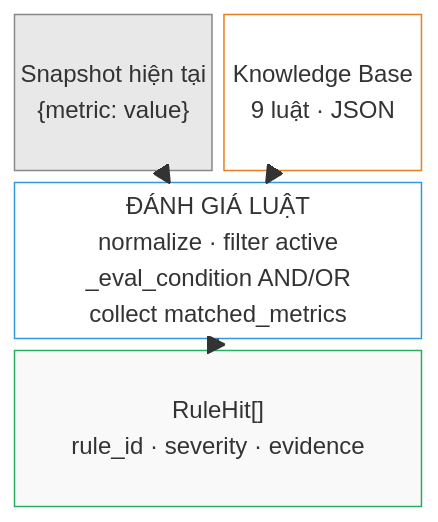
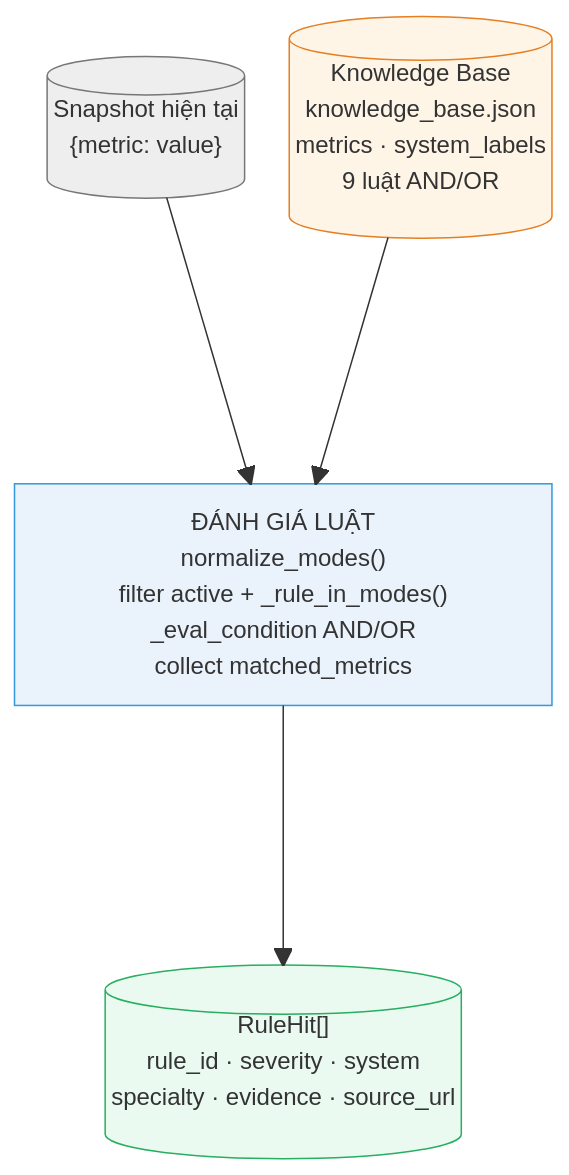
One commit to dotlinux26/health-risk-early-warning changed the diagram in docs/figures/fig9_tier2_rules.mmd. Above: the diagram before and after it, drawn with Mermaid. The commit also changed 8 other files, not shown here.

```diff
--- a/docs/figures/fig9_tier2_rules.mmd
+++ b/docs/figures/fig9_tier2_rules.mmd
@@ -1,13 +1,15 @@
 block-beta
   columns 2
-  SNAP["Snapshot hiện tại\n{metric: value}"]:1
-  KB["Knowledge Base\n9 luật · JSON"]:1
-  EVAL["ĐÁNH GIÁ LUẬT\nnormalize · filter active\n_eval_condition AND/OR\ncollect matched_metrics"]:2
-  OUT["RuleHit[]\nrule_id · severity · evidence"]:2
+  SNAP[("Snapshot hiện tại\n{metric: value}")]:1
+  KB[("Knowledge Base\nknowledge_base.json\nmetrics · system_labels\n9 luật AND/OR")]:1
+  space:2
+  EVAL["ĐÁNH GIÁ LUẬT\nnormalize_modes()\nfilter active + _rule_in_modes()\n_eval_condition AND/OR\ncollect matched_metrics"]:2
+  space:2
+  OUT[("RuleHit[]\nrule_id · severity · system\nspecialty · evidence · source_url")]:2
   SNAP --> EVAL
   KB --> EVAL
   EVAL --> OUT
-  style SNAP fill:#e8e8e8,stroke:#888,color:#222
-  style KB fill:#fff,stroke:#e67e22,color:#222
-  style EVAL fill:#fff,stroke:#3498db,color:#222
-  style OUT fill:#f9f9f9,stroke:#27ae60,color:#222
+  style SNAP fill:#eee,stroke:#777,color:#222
+  style KB fill:#fef5e7,stroke:#e67e22,color:#222
+  style EVAL fill:#eaf2fb,stroke:#3498db,color:#222
+  style OUT fill:#eafaf1,stroke:#27ae60,color:#222
```
